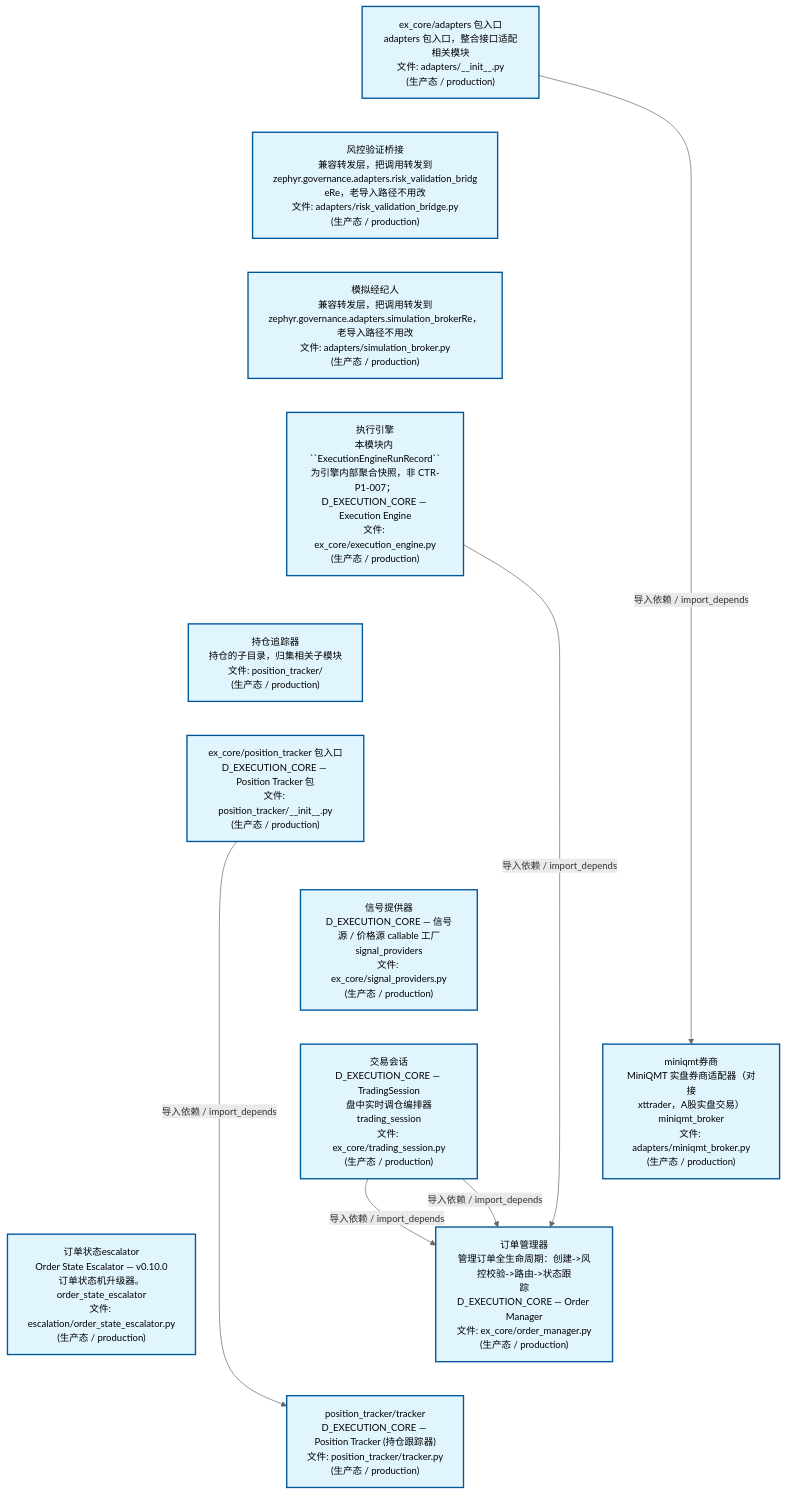
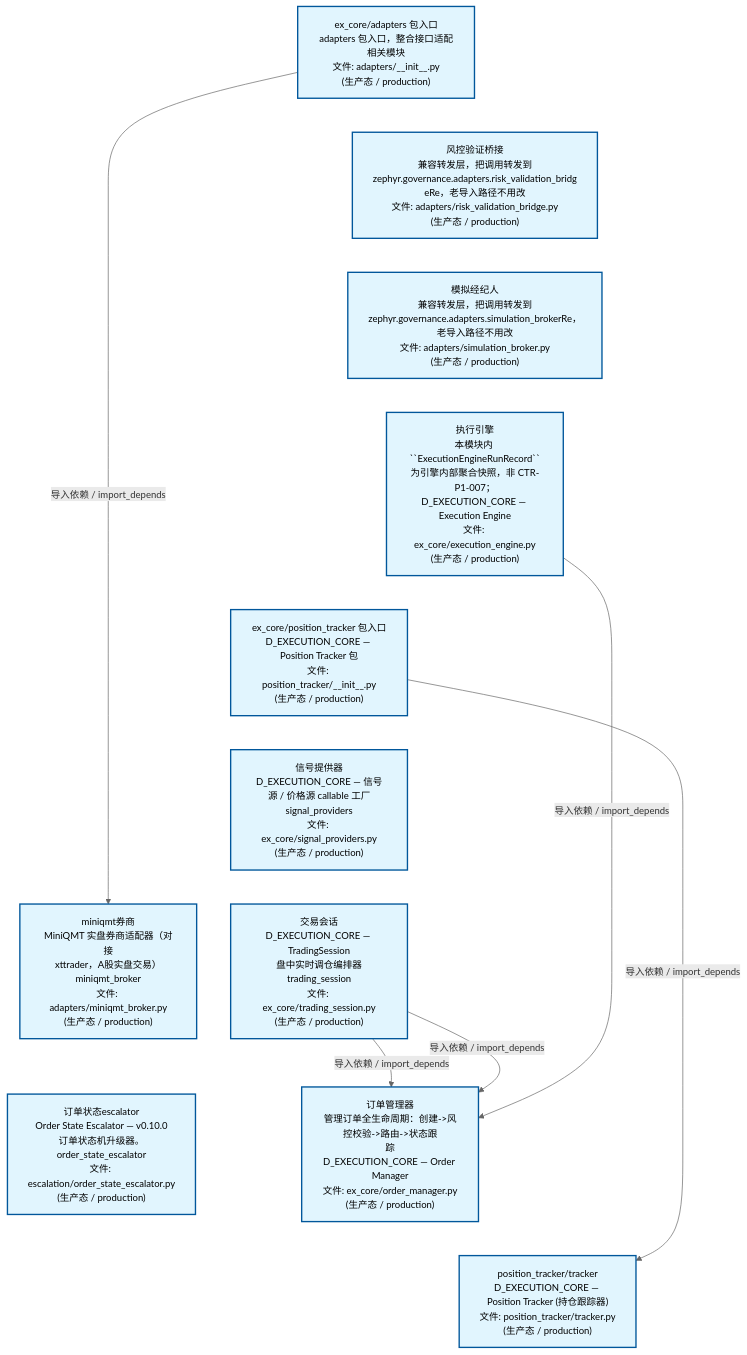
Before and after one commit to xuanFelixVan/ZephyrAlpha: the second of 4 diagrams in docs/02_enterprise_architecture/02_domain_architecture_docs/44_d_ex_core.md, drawn with Mermaid. The commit also changed other lines of this file and 50 other files, not shown here.

````diff
--- a/docs/02_enterprise_architecture/02_domain_architecture_docs/44_d_ex_core.md
+++ b/docs/02_enterprise_architecture/02_domain_architecture_docs/44_d_ex_core.md
@@ -211,36 +205,34 @@
 ```mermaid
 %%{init: {'theme': 'base', 'themeVariables': {'primaryColor': '#eaeaea', 'primaryTextColor': '#333333', 'primaryBorderColor': '#666666', 'lineColor': '#666666', 'secondaryColor': '#eaeaea', 'tertiaryColor': '#eaeaea', 'fontSize': '14px'}}}%%
 flowchart TD
     src_zephyr_ex_core_adapters_init_py["ex_core/adapters 包入口<br/>adapters 包入口，整合接口适配相关模块<br/>文件: adapters/__init__.py<br/>(生产态 / production)"]
     src_zephyr_ex_core_adapters_risk_validation_bridge_py["风控验证桥接<br/>兼容转发层，把调用转发到<br/>zephyr.governance.adapters.risk_validation_bridg<br/>eRe，老导入路径不用改<br/>文件: adapters/risk_validation_bridge.py<br/>(生产态 / production)"]
     src_zephyr_ex_core_adapters_simulation_broker_py["模拟经纪人<br/>兼容转发层，把调用转发到<br/>zephyr.governance.adapters.simulation_brokerRe，<br/>老导入路径不用改<br/>文件: adapters/simulation_broker.py<br/>(生产态 / production)"]
     src_zephyr_ex_core_execution_engine_py["执行引擎<br/>本模块内 ``ExecutionEngineRunRecord``<br/>为引擎内部聚合快照，非 CTR-P1-007；<br/>D_EXECUTION_CORE — Execution Engine<br/>文件: ex_core/execution_engine.py<br/>(生产态 / production)"]
-    src_zephyr_ex_core_position_tracker["持仓追踪器<br/>持仓的子目录，归集相关子模块<br/>文件: position_tracker/<br/>(生产态 / production)"]
     src_zephyr_ex_core_position_tracker_init_py["ex_core/position_tracker 包入口<br/>D_EXECUTION_CORE — Position Tracker 包<br/>文件: position_tracker/__init__.py<br/>(生产态 / production)"]
     src_zephyr_ex_core_signal_providers_py["信号提供器<br/>D_EXECUTION_CORE — 信号源 / 价格源 callable 工厂<br/>signal_providers<br/>文件: ex_core/signal_providers.py<br/>(生产态 / production)"]
     src_zephyr_ex_core_trading_session_py["交易会话<br/>D_EXECUTION_CORE — TradingSession<br/>盘中实时调仓编排器<br/>trading_session<br/>文件: ex_core/trading_session.py<br/>(生产态 / production)"]
     src_zephyr_governance_escalation_order_state_escalator_py["订单状态escalator<br/>Order State Escalator — v0.10.0<br/>订单状态机升级器。<br/>order_state_escalator<br/>文件: escalation/order_state_escalator.py<br/>(生产态 / production)"]
     src_zephyr_ex_core_adapters_init_py ~~~ src_zephyr_ex_core_adapters_risk_validation_bridge_py
     src_zephyr_ex_core_adapters_risk_validation_bridge_py ~~~ src_zephyr_ex_core_adapters_simulation_broker_py
     src_zephyr_ex_core_adapters_simulation_broker_py ~~~ src_zephyr_ex_core_execution_engine_py
-    src_zephyr_ex_core_execution_engine_py ~~~ src_zephyr_ex_core_position_tracker
-    src_zephyr_ex_core_position_tracker ~~~ src_zephyr_ex_core_position_tracker_init_py
+    src_zephyr_ex_core_execution_engine_py ~~~ src_zephyr_ex_core_position_tracker_init_py
     src_zephyr_ex_core_position_tracker_init_py ~~~ src_zephyr_ex_core_signal_providers_py
     src_zephyr_ex_core_signal_providers_py ~~~ src_zephyr_ex_core_trading_session_py
     src_zephyr_ex_core_trading_session_py ~~~ src_zephyr_governance_escalation_order_state_escalator_py
     src_zephyr_ex_core_adapters_miniqmt_broker_py["miniqmt券商<br/>MiniQMT 实盘券商适配器（对接<br/>xttrader，A股实盘交易）<br/>miniqmt_broker<br/>文件: adapters/miniqmt_broker.py<br/>(生产态 / production)"]
     src_zephyr_ex_core_order_manager_py["订单管理器<br/>管理订单全生命周期：创建->风控校验->路由->状态跟<br/>踪<br/>D_EXECUTION_CORE — Order Manager<br/>文件: ex_core/order_manager.py<br/>(生产态 / production)"]
     src_zephyr_ex_core_position_tracker_tracker_py["position_tracker/tracker<br/>D_EXECUTION_CORE — Position Tracker (持仓跟踪器)<br/>文件: position_tracker/tracker.py<br/>(生产态 / production)"]
     src_zephyr_ex_core_adapters_miniqmt_broker_py ~~~ src_zephyr_ex_core_order_manager_py
     src_zephyr_ex_core_order_manager_py ~~~ src_zephyr_ex_core_position_tracker_tracker_py
-    src_zephyr_ex_core_execution_engine_py -->|导入依赖 / import_depends| src_zephyr_ex_core_order_manager_py
     src_zephyr_ex_core_trading_session_py -->|导入依赖 / import_depends| src_zephyr_ex_core_order_manager_py
     src_zephyr_ex_core_trading_session_py -->|导入依赖 / import_depends| src_zephyr_ex_core_order_manager_py
+    src_zephyr_ex_core_execution_engine_py -->|导入依赖 / import_depends| src_zephyr_ex_core_order_manager_py
     src_zephyr_ex_core_adapters_init_py -->|导入依赖 / import_depends| src_zephyr_ex_core_adapters_miniqmt_broker_py
     src_zephyr_ex_core_position_tracker_init_py -->|导入依赖 / import_depends| src_zephyr_ex_core_position_tracker_tracker_py
     classDef production fill:#e1f5fe,stroke:#01579b,stroke-width:2px,color:#000
     classDef design fill:#fff3e0,stroke:#e65100,stroke-width:2px,color:#000,stroke-dasharray: 5 5
     classDef external_prod fill:#e8f4fd,stroke:#0277bd,stroke-width:1px,color:#000
     classDef external_design fill:#fff8e7,stroke:#ef6c00,stroke-width:1px,color:#000,stroke-dasharray: 5 5
-    class src_zephyr_ex_core_adapters_init_py,src_zephyr_ex_core_adapters_miniqmt_broker_py,src_zephyr_ex_core_adapters_risk_validation_bridge_py,src_zephyr_ex_core_adapters_simulation_broker_py,src_zephyr_ex_core_execution_engine_py,src_zephyr_ex_core_order_manager_py,src_zephyr_ex_core_position_tracker,src_zephyr_ex_core_position_tracker_init_py,src_zephyr_ex_core_position_tracker_tracker_py,src_zephyr_ex_core_signal_providers_py,src_zephyr_ex_core_trading_session_py,src_zephyr_governance_escalation_order_state_escalator_py production
+    class src_zephyr_ex_core_adapters_init_py,src_zephyr_ex_core_adapters_miniqmt_broker_py,src_zephyr_ex_core_adapters_risk_validation_bridge_py,src_zephyr_ex_core_adapters_simulation_broker_py,src_zephyr_ex_core_execution_engine_py,src_zephyr_ex_core_order_manager_py,src_zephyr_ex_core_position_tracker_init_py,src_zephyr_ex_core_position_tracker_tracker_py,src_zephyr_ex_core_signal_providers_py,src_zephyr_ex_core_trading_session_py,src_zephyr_governance_escalation_order_state_escalator_py production
 ```
````
